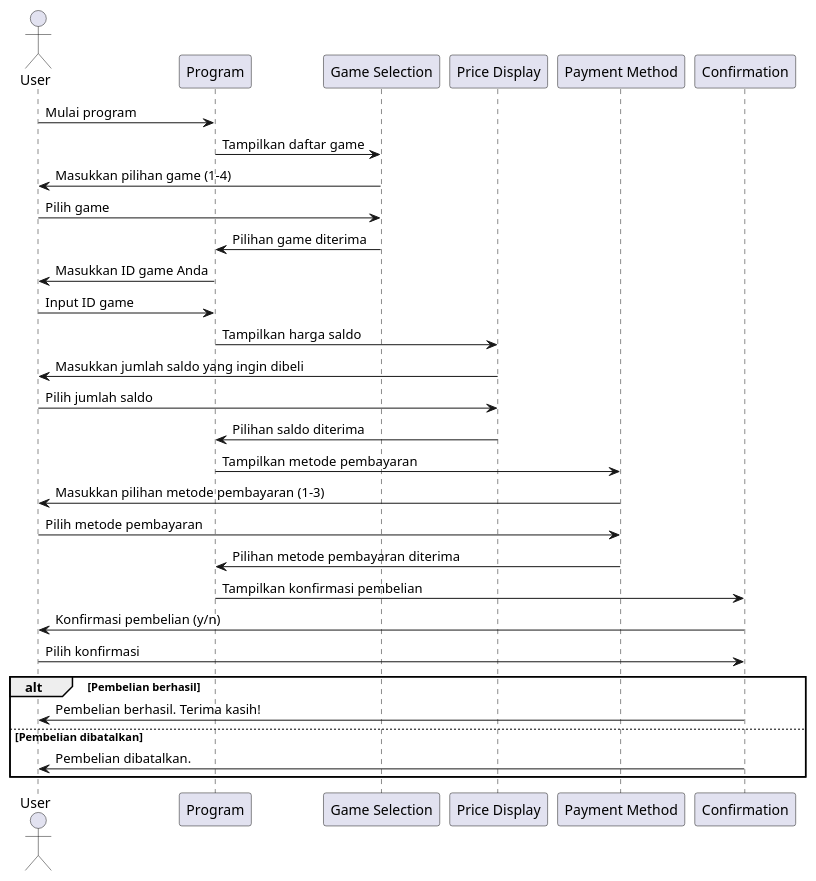
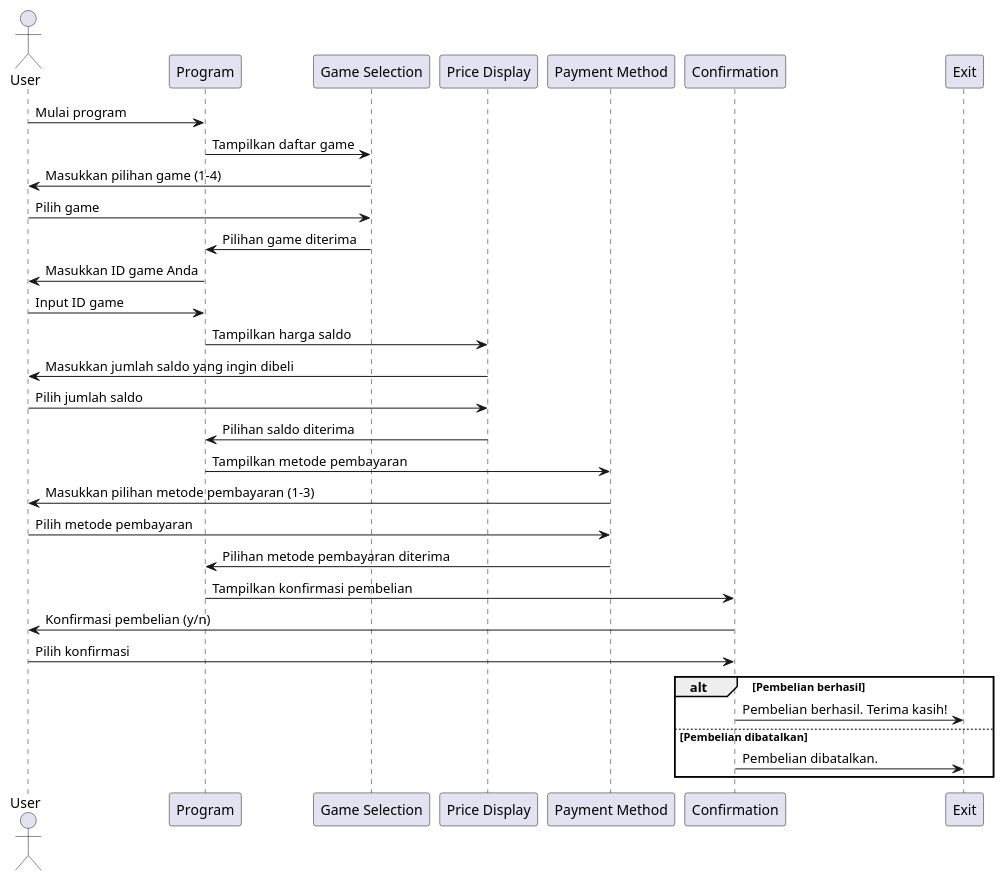
One commit to piowarior/bhs_pemrograman changed the diagram in pert8/diagram.puml. Above: the diagram before and after it, drawn with PlantUML. The commit also changed 10 other files, not shown here.

```diff
--- a/pert8/diagram.puml
+++ b/pert8/diagram.puml
@@ -1,39 +1,40 @@
 @startuml
 
 actor User
 participant "Program" as p
 participant "Game Selection" as gs
 participant "Price Display" as pd
 participant "Payment Method" as pm
 participant "Confirmation" as conf
+participant "Exit" as X
 
 User -> p : Mulai program
 p -> gs : Tampilkan daftar game
 gs -> User : Masukkan pilihan game (1-4)
 User -> gs : Pilih game
 gs -> p : Pilihan game diterima
 
 p -> User : Masukkan ID game Anda
 User -> p : Input ID game
 
 p -> pd : Tampilkan harga saldo
 pd -> User : Masukkan jumlah saldo yang ingin dibeli
 User -> pd : Pilih jumlah saldo
 pd -> p : Pilihan saldo diterima
 
 p -> pm : Tampilkan metode pembayaran
 pm -> User : Masukkan pilihan metode pembayaran (1-3)
 User -> pm : Pilih metode pembayaran
 pm -> p : Pilihan metode pembayaran diterima
 
 p -> conf : Tampilkan konfirmasi pembelian
 conf -> User : Konfirmasi pembelian (y/n)
 User -> conf : Pilih konfirmasi
 
 alt Pembelian berhasil
-  conf -> User : Pembelian berhasil. Terima kasih!
+  conf -> X : Pembelian berhasil. Terima kasih!
 else Pembelian dibatalkan
-  conf -> User : Pembelian dibatalkan.
+  conf -> X : Pembelian dibatalkan.
 end
 
 @enduml
```
